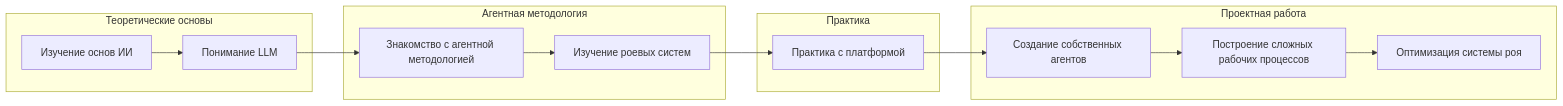
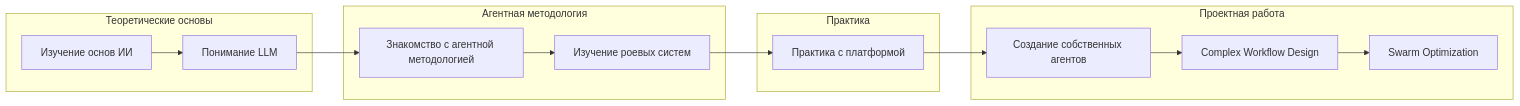
One commit to ivan-meer/ai-labs-project changed the fourth of 5 diagrams in README.ru.md. Above: the diagram before and after it, drawn with Mermaid. The commit also changed other lines of this file and 2 other files, not shown here.

````diff
--- a/README.ru.md
+++ b/README.ru.md
@@ -292,31 +294,31 @@
 ```mermaid
 graph LR
     A[Изучение основ ИИ] --> B[Понимание LLM]
     B --> C[Знакомство с агентной методологией]
     C --> D[Изучение роевых систем]
     D --> E[Практика с платформой]
     
     subgraph Теоретические основы
         A
         B
     end
     
     subgraph Агентная методология
         C
         D
     end
     
     subgraph Практика
         E
     end
     
     E --> F[Создание собственных агентов]
-    F --> G[Построение сложных рабочих процессов]
-    G --> H[Оптимизация системы роя]
+    F --> G[Complex Workflow Design]
+    G --> H[Swarm Optimization]
     
     subgraph Проектная работа
         F
         G
         H
     end
 ```
````
